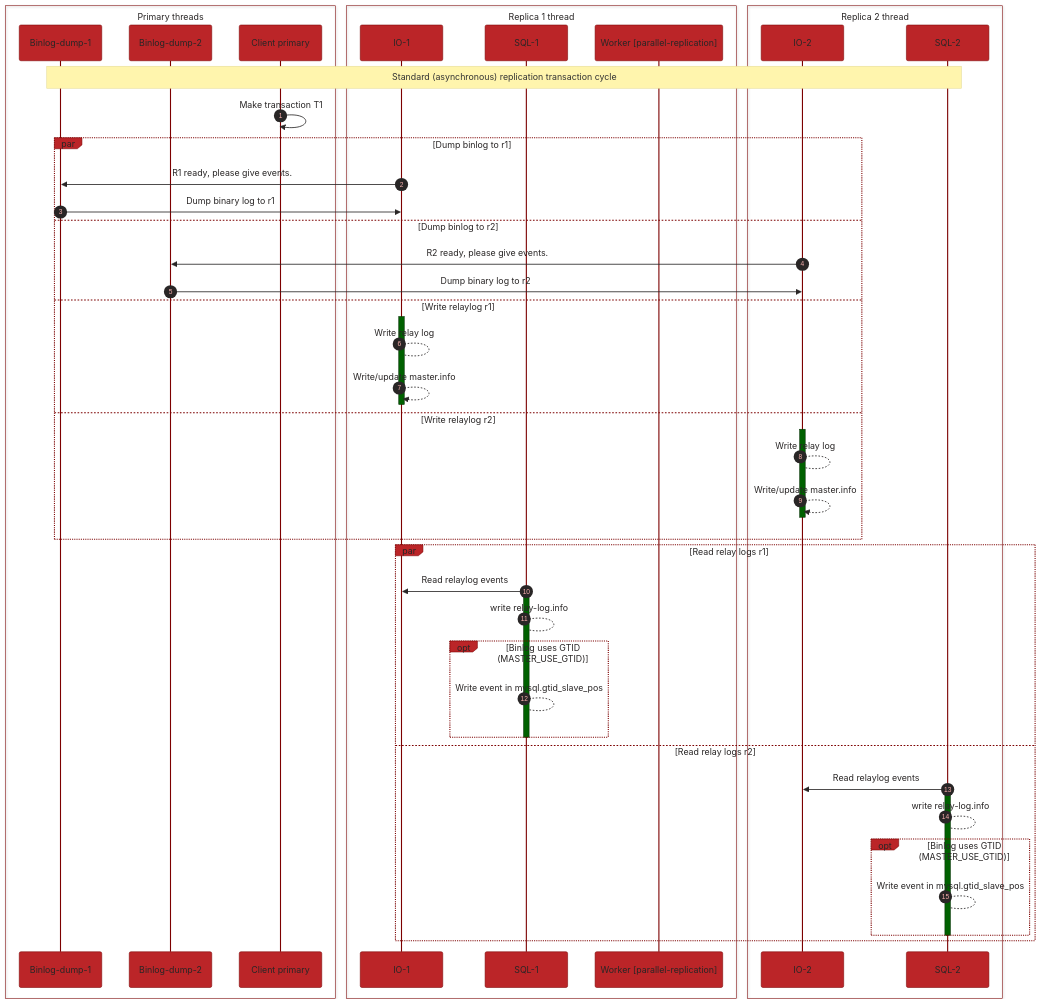
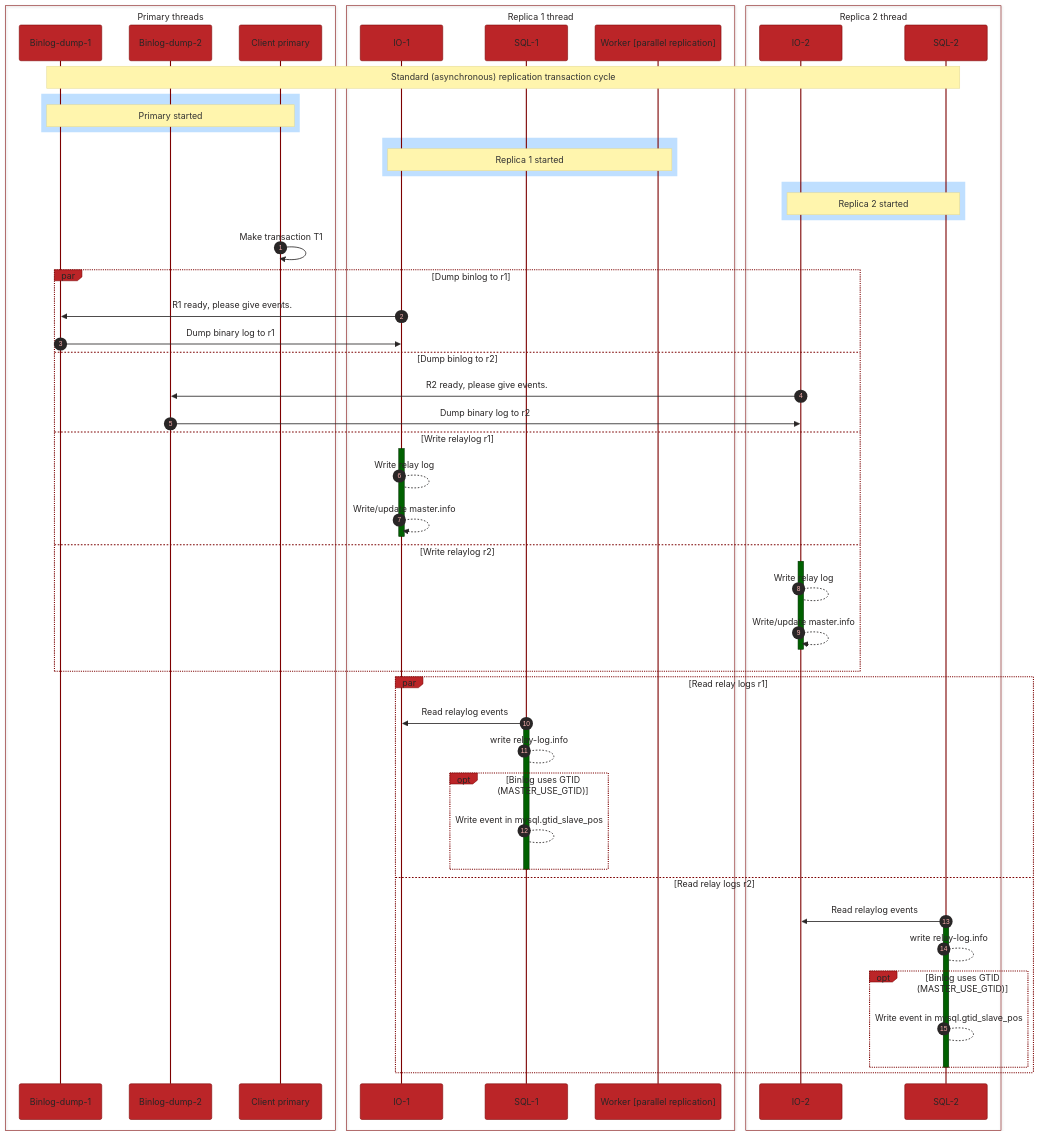
One commit to an3l/mariadb.org-tools changed the third of 5 diagrams in anel/semisync-blog/semisync-blog.md. Above: the diagram before and after it, drawn with Mermaid. The commit also changed other lines of this file and 9 other files, not shown here.

````diff
--- a/anel/semisync-blog/semisync-blog.md
+++ b/anel/semisync-blog/semisync-blog.md
@@ -69,73 +69,82 @@
 ```mermaid
 sequenceDiagram
     autonumber
     %%{
     init: {
         'theme': 'base',
         'themeVariables': {
             'primaryColor': '#BB2528',
             'primaryTextColor': '#292626',
             'primaryBorderColor': '#7C0000',
             'lineColor': '#F8B229',
             'secondaryColor': '#006100',
             'tertiaryColor': '#fff',
             'sequenceNumberColor':'#F7AFAD'
         }
     }
     }%%
 
     box Primary threads
         participant Binlog-dump-1
         participant Binlog-dump-2
         participant Cp as Client primary
     end
 
     box Replica 1 thread
         participant IO-1
         participant SQL-1
-        participant Worker [parallel-replication]
+        participant w as Worker [parallel replication]
     end
 
     box Replica 2 thread
         participant IO-2
         participant SQL-2
     end
 
     Note over Binlog-dump-1,SQL-2: Standard (asynchronous) replication transaction cycle
+    rect rgb(191, 223, 255)
+        note over Binlog-dump-1, Cp: Primary started
+    end
+    rect rgb(191, 223, 255)
+        note over IO-1, w: Replica 1 started
+    end
+    rect rgb(191, 223, 255)
+        note over IO-2, SQL-2: Replica 2 started
+    end
     Cp->>Cp: Make transaction T1
     par Dump binlog to r1
         IO-1->>Binlog-dump-1: R1 ready, please give events.
         Binlog-dump-1->>IO-1: Dump binary log to r1
     and Dump binlog to r2
         IO-2->>Binlog-dump-2: R2 ready, please give events.
         Binlog-dump-2->>IO-2: Dump binary log to r2
     and Write relaylog r1
         activate IO-1
         IO-1-->IO-1: Write relay log
         IO-1-->>IO-1: Write/update master.info
         deactivate IO-1
     and Write relaylog r2
         activate IO-2
         IO-2-->IO-2: Write relay log
         IO-2-->>IO-2: Write/update master.info
         deactivate IO-2
     end
 
     par Read relay logs r1
         SQL-1->>IO-1: Read relaylog events
         activate SQL-1
         SQL-1-->SQL-1: write relay-log.info
         opt Binlog uses GTID (MASTER_USE_GTID)
             SQL-1-->SQL-1: Write event in mysql.gtid_slave_pos
         end
         deactivate SQL-1
     and Read relay logs r2
         SQL-2->>IO-2: Read relaylog events
         activate SQL-2
         SQL-2-->SQL-2: write relay-log.info
         opt Binlog uses GTID (MASTER_USE_GTID)
             SQL-2-->SQL-2: Write event in mysql.gtid_slave_pos
         end
         deactivate SQL-2
     end
 ```
````
